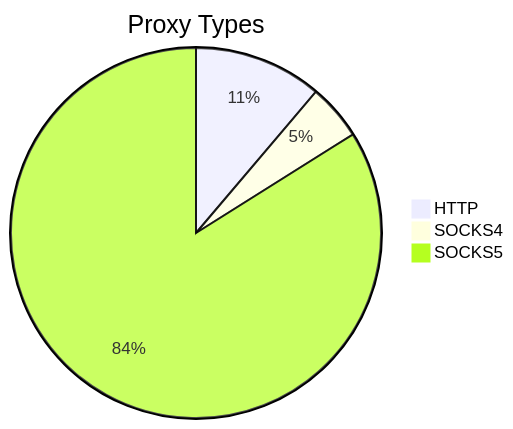
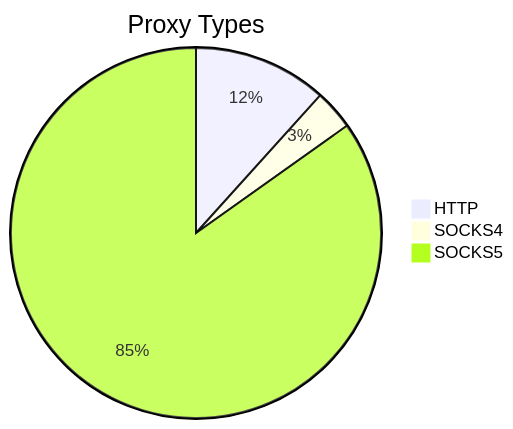
One commit to stormsia/proxy-list changed the first of 2 diagrams in README.md. Above: the diagram before and after it, drawn with Mermaid. The commit also changed other lines of this file, not shown here.

````diff
--- a/README.md
+++ b/README.md
@@ -21,6 +21,6 @@
 ```mermaid
 pie title Proxy Types
-    "HTTP" : 69
-    "SOCKS4" : 30
-    "SOCKS5" : 517
+    "HTTP" : 57
+    "SOCKS4" : 17
+    "SOCKS5" : 414
 ```
````
